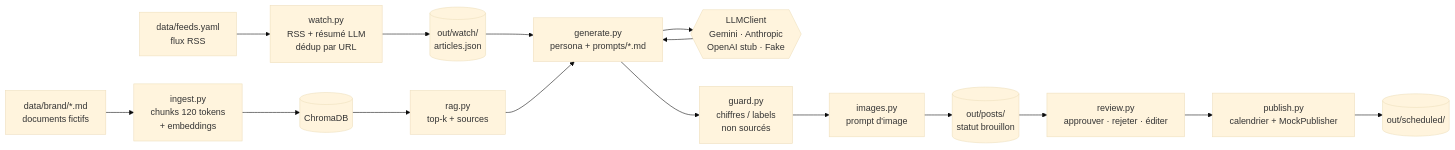
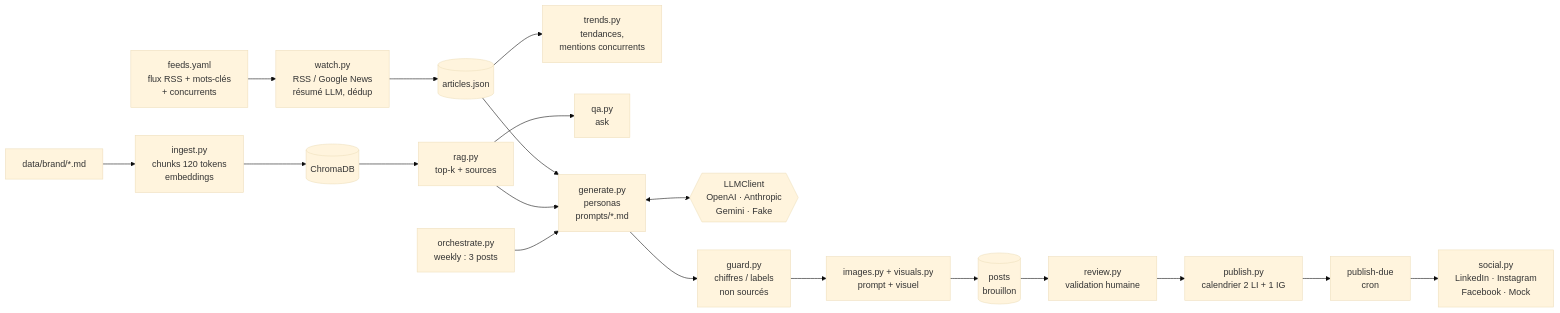
Before and after one commit to clement-rubin/copilote-marketing-brasserie: the diagram in README.md, drawn with Mermaid (base theme). The commit also changed other lines of this file and 1 other file, not shown here.

````diff
--- a/README.md
+++ b/README.md
@@ -17,17 +46,20 @@
 ```mermaid
 flowchart LR
-    F[data/feeds.yaml<br/>flux RSS] --> W[watch.py<br/>RSS + résumé LLM<br/>dédup par URL]
-    W --> A[(out/watch/<br/>articles.json)]
-    B[data/brand/*.md<br/>documents fictifs] --> I[ingest.py<br/>chunks 120 tokens<br/>+ embeddings]
-    I --> C[(ChromaDB)]
-    A --> G[generate.py<br/>persona + prompts/*.md]
-    C --> R[rag.py<br/>top-k + sources] --> G
-    G --> L{{LLMClient<br/>Gemini · Anthropic<br/>OpenAI stub · Fake}}
-    L --> G
+    F[feeds.yaml<br/>flux RSS + mots-clés<br/>+ concurrents] --> W[watch.py<br/>RSS / Google News<br/>résumé LLM, dédup]
+    W --> A[(articles.json)]
+    A --> T[trends.py<br/>tendances,<br/>mentions concurrents]
+    B[data/brand/*.md] --> I[ingest.py<br/>chunks 120 tokens<br/>embeddings] --> C[(ChromaDB)]
+    C --> R[rag.py<br/>top-k + sources]
+    R --> Q[qa.py<br/>ask]
+    A --> G[generate.py<br/>personas<br/>prompts/*.md]
+    R --> G
+    G <--> L{{LLMClient<br/>OpenAI · Anthropic<br/>Gemini · Fake}}
     G --> V[guard.py<br/>chiffres / labels<br/>non sourcés]
-    V --> IMG[images.py<br/>prompt d'image]
-    IMG --> P[(out/posts/<br/>statut brouillon)]
-    P --> RV[review.py<br/>approuver · rejeter · éditer]
-    RV --> S[publish.py<br/>calendrier + MockPublisher]
-    S --> O[(out/scheduled/)]
+    V --> IM[images.py + visuals.py<br/>prompt + visuel]
+    IM --> P[(posts<br/>brouillon)]
+    O[orchestrate.py<br/>weekly : 3 posts] --> G
+    P --> RV[review.py<br/>validation humaine]
+    RV --> S[publish.py<br/>calendrier 2 LI + 1 IG]
+    S --> PD[publish-due<br/>cron]
+    PD --> SO[social.py<br/>LinkedIn · Instagram<br/>Facebook · Mock]
 ```
````
